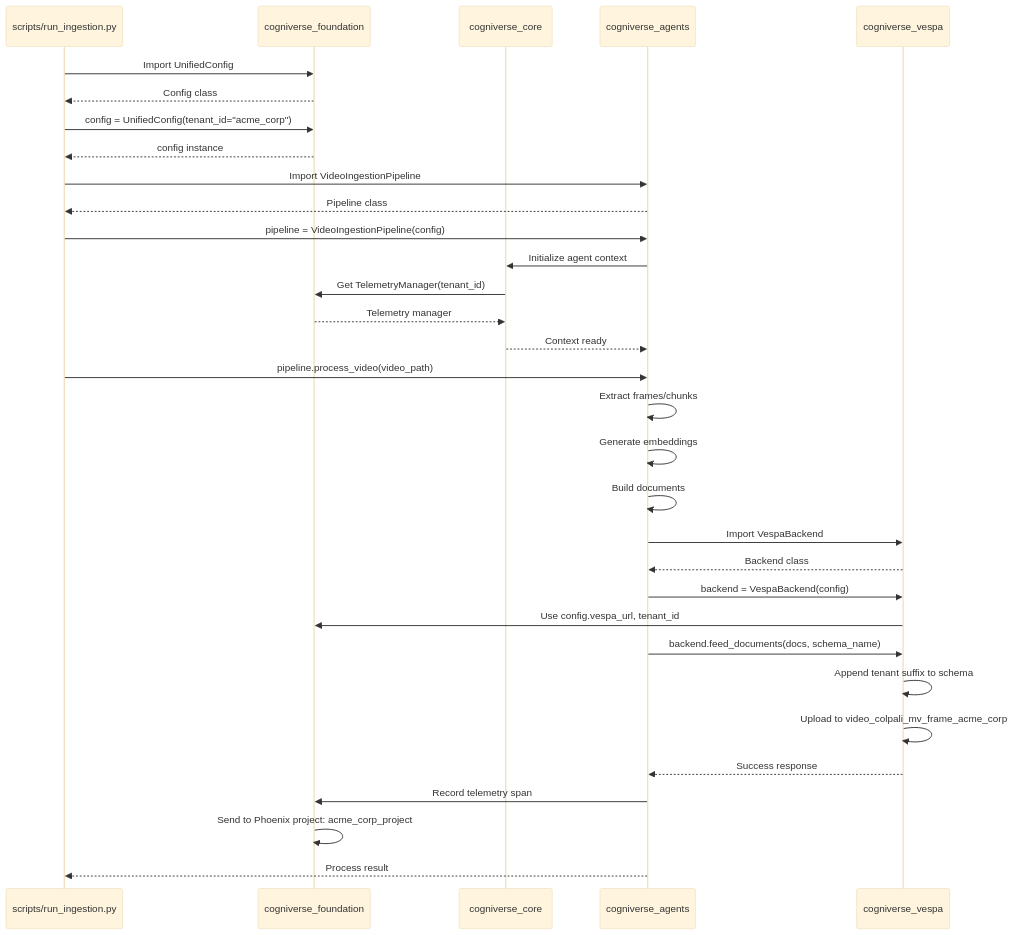
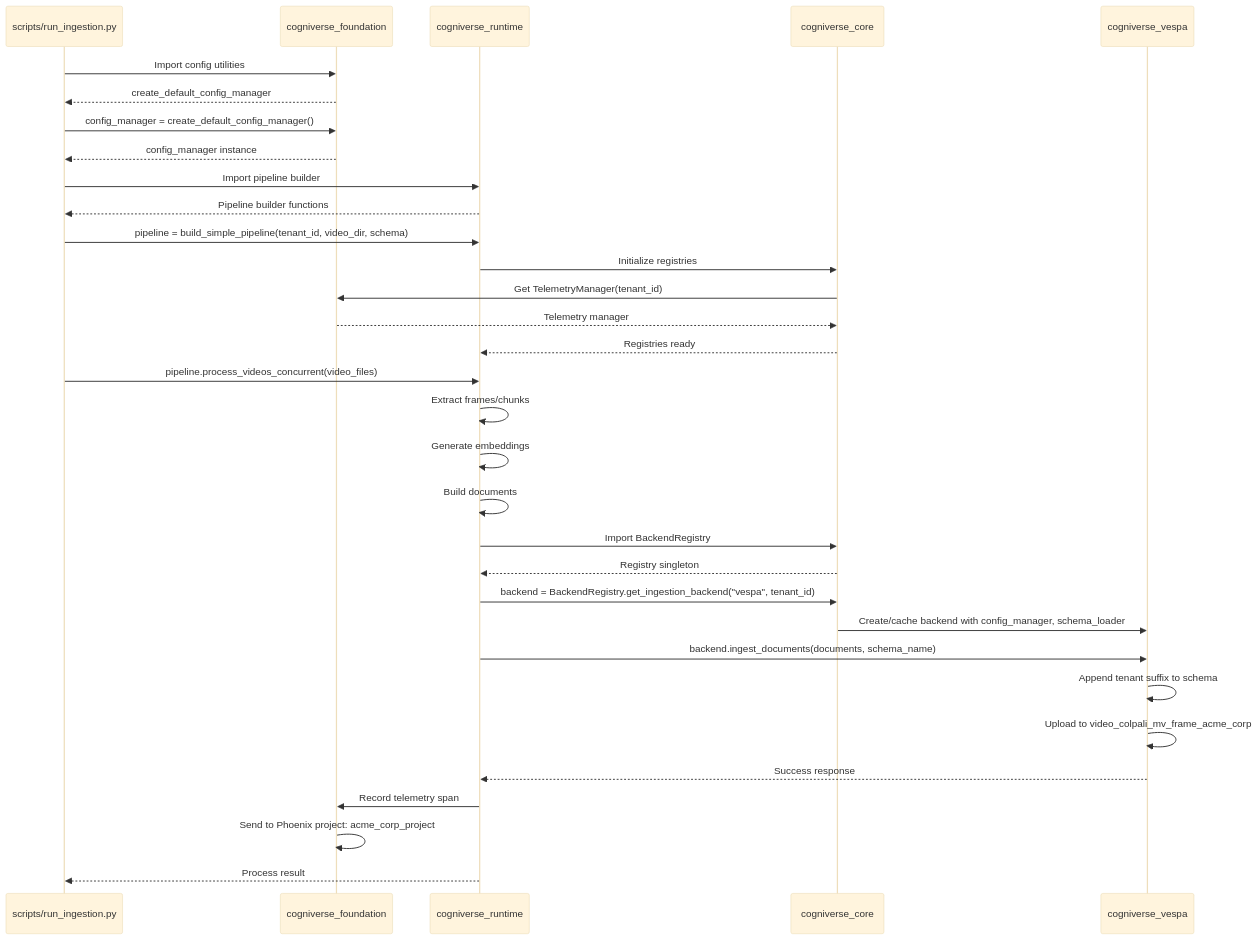
Before and after one commit to amit-jain/cogniverse: the eighth of 17 diagrams in docs/diagrams/sdk-architecture-diagrams.md, drawn with Mermaid (base theme). The commit also changed other lines of this file and 83 other files, not shown here.

First line of the commit message:
Fix documentation veracity, formatting, and diagrams across all modules

````diff
--- a/docs/diagrams/sdk-architecture-diagrams.md
+++ b/docs/diagrams/sdk-architecture-diagrams.md
@@ -422,44 +391,44 @@
 ```mermaid
 sequenceDiagram
     participant Script as scripts/run_ingestion.py
     participant Foundation as cogniverse_foundation
+    participant Runtime as cogniverse_runtime
     participant Core as cogniverse_core
-    participant Agents as cogniverse_agents
     participant Vespa as cogniverse_vespa
 
-    Script->>Foundation: Import UnifiedConfig
-    Foundation-->>Script: Config class
+    Script->>Foundation: Import config utilities
+    Foundation-->>Script: create_default_config_manager
 
-    Script->>Foundation: config = UnifiedConfig(tenant_id="acme_corp")
-    Foundation-->>Script: config instance
+    Script->>Foundation: config_manager = create_default_config_manager()
+    Foundation-->>Script: config_manager instance
 
-    Script->>Agents: Import VideoIngestionPipeline
-    Agents-->>Script: Pipeline class
+    Script->>Runtime: Import pipeline builder
+    Runtime-->>Script: Pipeline builder functions
 
-    Script->>Agents: pipeline = VideoIngestionPipeline(config)
-    Agents->>Core: Initialize agent context
+    Script->>Runtime: pipeline = build_simple_pipeline(tenant_id, video_dir, schema)
+    Runtime->>Core: Initialize registries
     Core->>Foundation: Get TelemetryManager(tenant_id)
     Foundation-->>Core: Telemetry manager
-    Core-->>Agents: Context ready
+    Core-->>Runtime: Registries ready
 
-    Script->>Agents: pipeline.process_video(video_path)
-    Agents->>Agents: Extract frames/chunks
-    Agents->>Agents: Generate embeddings
-    Agents->>Agents: Build documents
+    Script->>Runtime: pipeline.process_videos_concurrent(video_files)
+    Runtime->>Runtime: Extract frames/chunks
+    Runtime->>Runtime: Generate embeddings
+    Runtime->>Runtime: Build documents
 
-    Agents->>Vespa: Import VespaBackend
-    Vespa-->>Agents: Backend class
+    Runtime->>Core: Import BackendRegistry
+    Core-->>Runtime: Registry singleton
 
-    Agents->>Vespa: backend = VespaBackend(config)
-    Vespa->>Foundation: Use config.vespa_url, tenant_id
+    Runtime->>Core: backend = BackendRegistry.get_ingestion_backend("vespa", tenant_id)
+    Core->>Vespa: Create/cache backend with config_manager, schema_loader
 
-    Agents->>Vespa: backend.feed_documents(docs, schema_name)
+    Runtime->>Vespa: backend.ingest_documents(documents, schema_name)
     Vespa->>Vespa: Append tenant suffix to schema
     Vespa->>Vespa: Upload to video_colpali_mv_frame_acme_corp
 
-    Vespa-->>Agents: Success response
-    Agents->>Foundation: Record telemetry span
+    Vespa-->>Runtime: Success response
+    Runtime->>Foundation: Record telemetry span
     Foundation->>Foundation: Send to Phoenix project: acme_corp_project
 
-    Agents-->>Script: Process result
+    Runtime-->>Script: Process result
 ```
````
